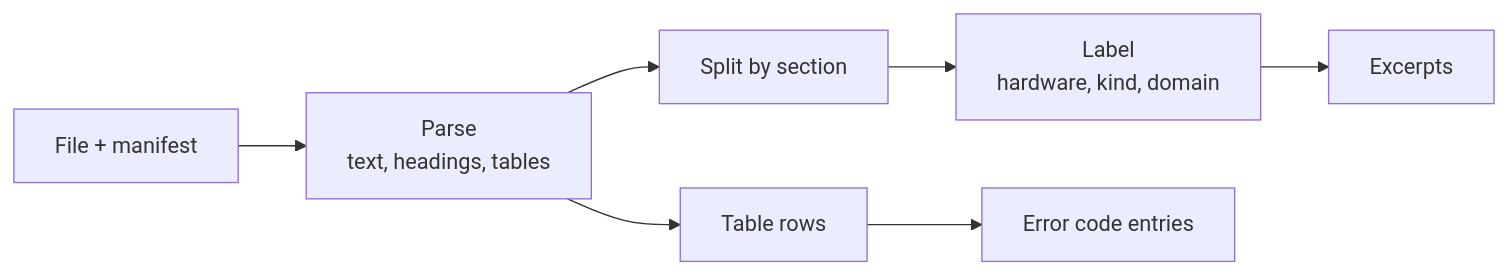
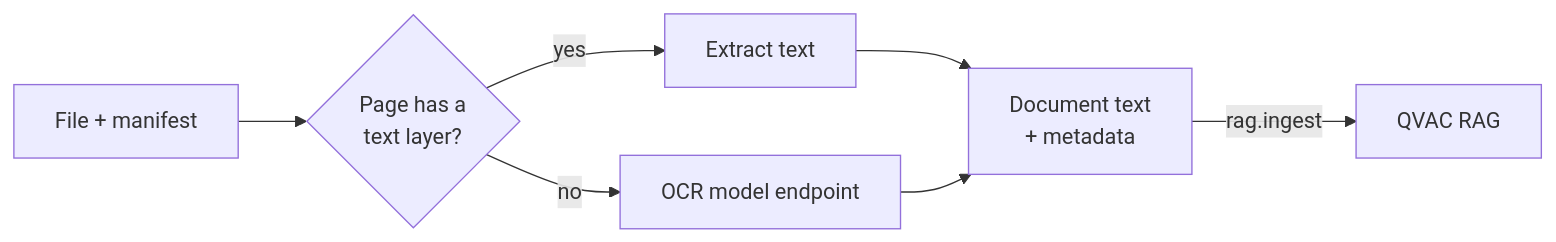
One commit to ankit-tether/mdk-be changed the second of 2 diagrams in docs/sentinel/hld-hardware-docs.md. Above: the diagram before and after it, drawn with Mermaid. The commit also changed other lines of this file, not shown here.

First line of the commit message:
Update Sentinel Hardware Docs Library to version 0.4.0

````diff
--- a/docs/sentinel/hld-hardware-docs.md
+++ b/docs/sentinel/hld-hardware-docs.md
@@ -112,8 +152,9 @@
 ```mermaid
 flowchart LR
-  F["File + manifest"] --> P["Parse<br/>text, headings, tables"]
-  P --> S["Split by section"]
-  S --> L["Label<br/>hardware, kind, domain"]
-  L --> X["Excerpts"]
-  P --> T["Table rows"] --> C["Error code entries"]
+  F["File + manifest"] --> T{"Page has a<br/>text layer?"}
+  T -->|yes| X["Extract text"]
+  T -->|no| O["OCR model endpoint"]
+  X --> D["Document text<br/>+ metadata"]
+  O --> D
+  D -->|"rag.ingest"| R["QVAC RAG"]
 ```
````
